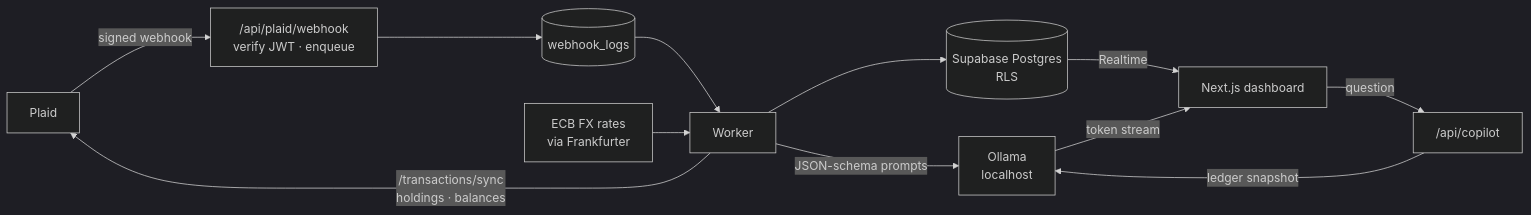
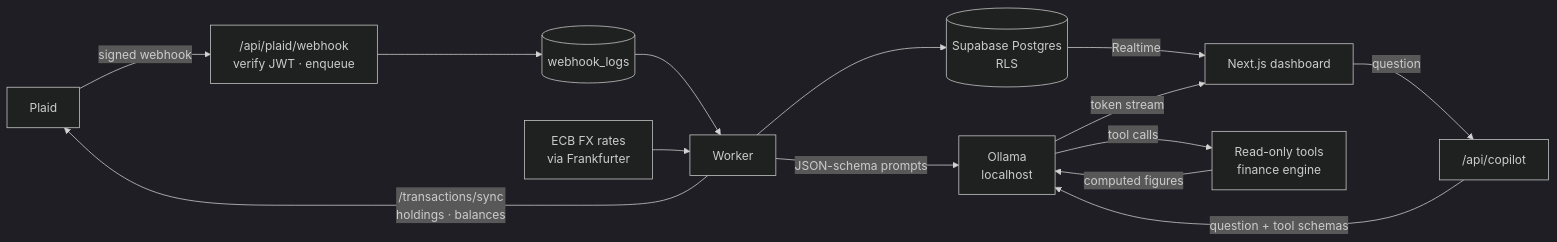
One commit to sshower111/financial-dashboard changed the diagram in README.md. Above: the diagram before and after it, drawn with Mermaid (dark theme). The commit also changed other lines of this file and 10 other files, not shown here.

First line of the commit message:
Copilot: tool calling over the finance engine, with snapshot fallback

````diff
--- a/README.md
+++ b/README.md
@@ -66,14 +67,16 @@
 ```mermaid
 flowchart LR
   P[Plaid] -- "signed webhook" --> W["/api/plaid/webhook<br/>verify JWT · enqueue"]
   W --> Q[(webhook_logs)]
   Q --> K[Worker]
   K -- "/transactions/sync<br/>holdings · balances" --> P
   K -- "JSON-schema prompts" --> O[Ollama<br/>localhost]
   K --> DB[(Supabase Postgres<br/>RLS)]
   FX[ECB FX rates<br/>via Frankfurter] --> K
   DB -- Realtime --> UI[Next.js dashboard]
   UI -- question --> C["/api/copilot"]
-  C -- "ledger snapshot" --> O
+  C -- "question + tool schemas" --> O
+  O -- "tool calls" --> T["Read-only tools<br/>finance engine"]
+  T -- "computed figures" --> O
   O -- "token stream" --> UI
 ```
````
